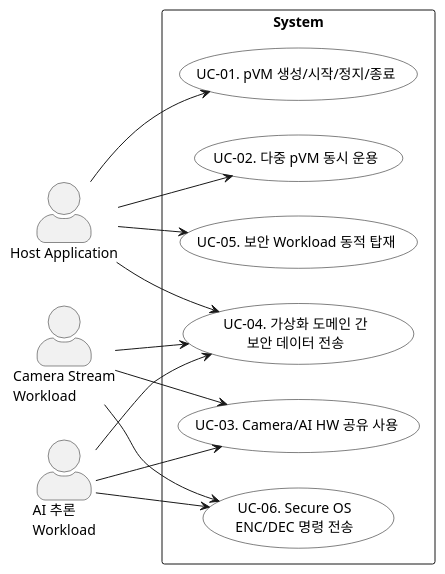
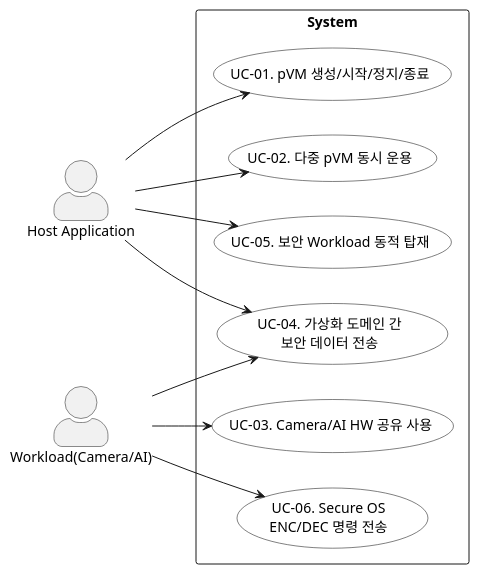
Before and after one commit to boram1288/test-p: the diagram in docs/01_use_case.md, drawn with PlantUML. The commit also changed other lines of this file, not shown here.

Commit message:
Merge workload actors in use case diagram

````diff
--- a/docs/01_use_case.md
+++ b/docs/01_use_case.md
@@ -32,38 +31,33 @@
 ```plantuml
 @startuml
 left to right direction
 skinparam packageStyle rectangle
 skinparam actorStyle awesome
 skinparam usecase {
   BackgroundColor White
   BorderColor Black
 }
 
 actor "Host Application" as HostApp
-actor "Camera Stream\nWorkload" as CameraWorkload
-actor "AI 추론\nWorkload" as AIWorkload
+actor "Workload(Camera/AI)" as Workload
 
 rectangle "System" {
   usecase "UC-01. pVM 생성/시작/정지/종료" as UC01
   usecase "UC-02. 다중 pVM 동시 운용" as UC02
   usecase "UC-03. Camera/AI HW 공유 사용" as UC03
   usecase "UC-04. 가상화 도메인 간\n보안 데이터 전송" as UC04
   usecase "UC-05. 보안 Workload 동적 탑재" as UC05
   usecase "UC-06. Secure OS\nENC/DEC 명령 전송" as UC06
 }
 
 HostApp --> UC01
 HostApp --> UC02
 HostApp --> UC04
 HostApp --> UC05
 
-CameraWorkload --> UC03
-CameraWorkload --> UC04
-CameraWorkload --> UC06
-
-AIWorkload --> UC03
-AIWorkload --> UC04
-AIWorkload --> UC06
+Workload --> UC03
+Workload --> UC04
+Workload --> UC06
 
 @enduml
 ```
````
